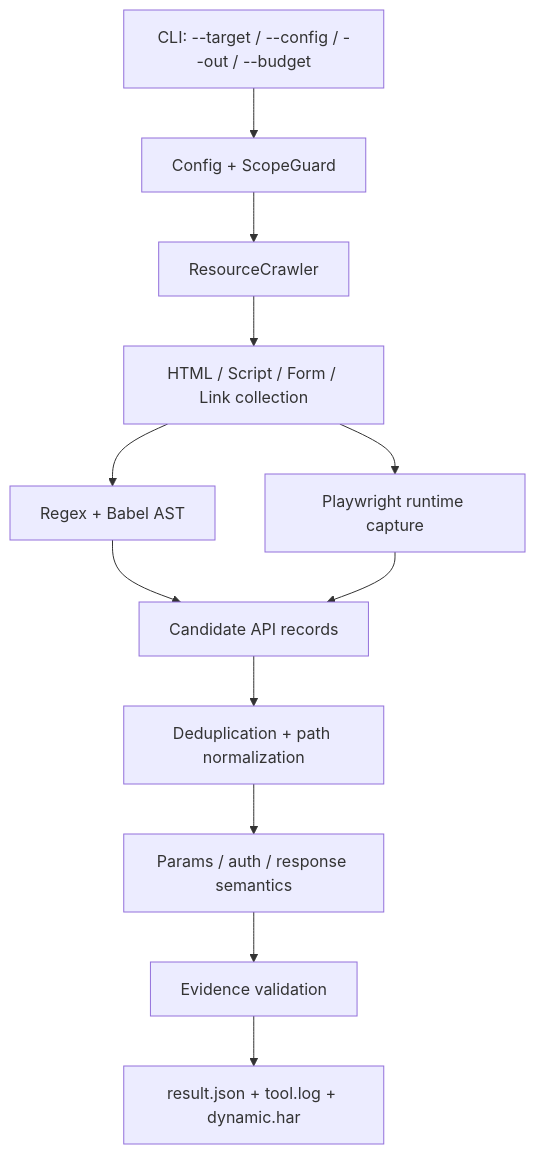
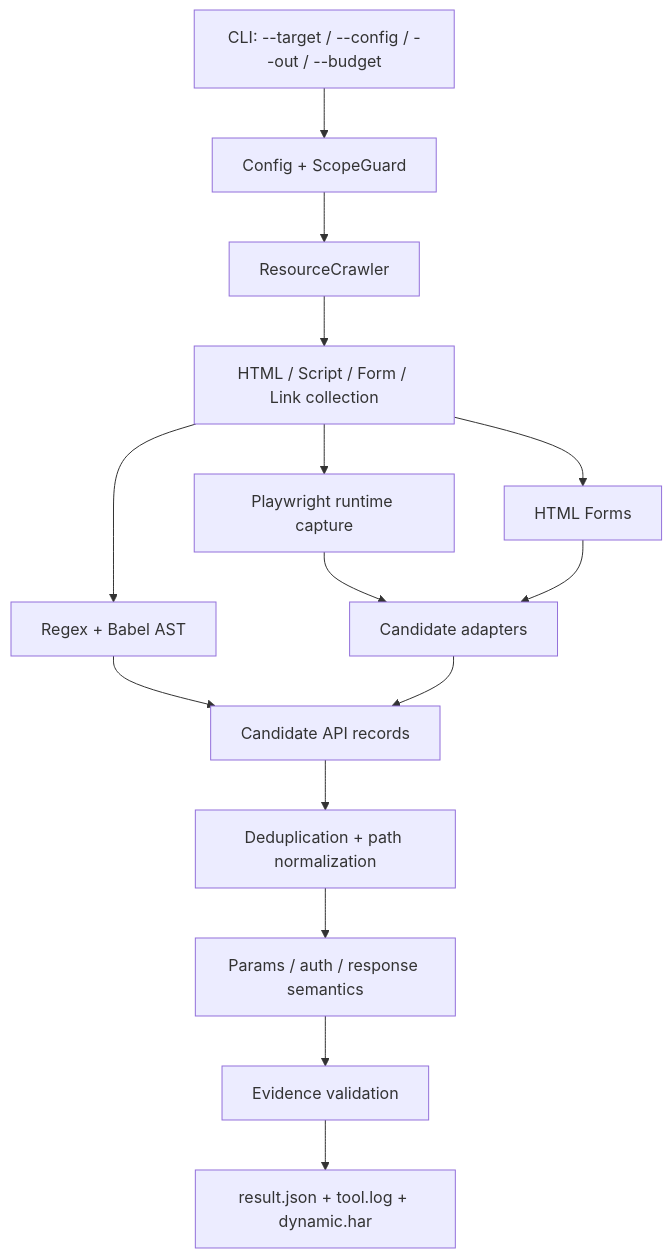
The diagram in docs/architecture.md (David-tiao/API), drawn with Mermaid before and after one commit. The commit also changed other lines of this file and 17 other files, not shown here.

First line of the commit message:
refactor: isolate API candidate adapters and organize legacy artifacts with docs

````diff
--- a/docs/architecture.md
+++ b/docs/architecture.md
@@ -3,14 +3,17 @@
 ```mermaid
 flowchart TD
     A[CLI: --target / --config / --out / --budget] --> B[Config + ScopeGuard]
     B --> C[ResourceCrawler]
     C --> D[HTML / Script / Form / Link collection]
     D --> E[Regex + Babel AST]
     D --> F[Playwright runtime capture]
+    D --> FORMS[HTML Forms]
     E --> G[Candidate API records]
-    F --> G
+    F --> ADAPT[Candidate adapters]
+    FORMS --> ADAPT
+    ADAPT --> G
     G --> H[Deduplication + path normalization]
     H --> I[Params / auth / response semantics]
     I --> J[Evidence validation]
     J --> K[result.json + tool.log + dynamic.har]
 ```
````
